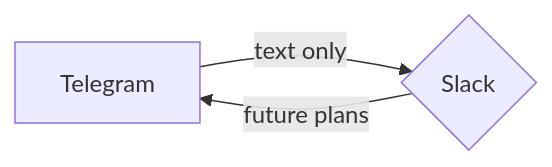
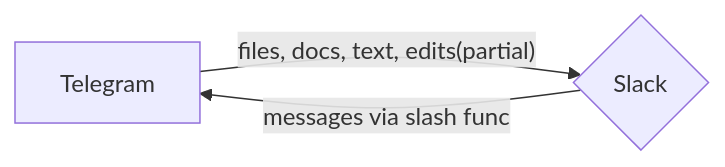
One commit to alserh/tg2slack changed the diagram in README.md. Above: the diagram before and after it, drawn with Mermaid. The commit also changed other lines of this file and 123 other files, not shown here.

````diff
--- a/README.md
+++ b/README.md
@@ -4,5 +4,5 @@
 ```mermaid
 graph LR
-A[Telegram] -- text only --> D{Slack}
-D -- future plans--> A
+A[Telegram] -- files, docs, text, edits(partial) --> D{Slack}
+D -- messages via slash func --> A
 ```
````
